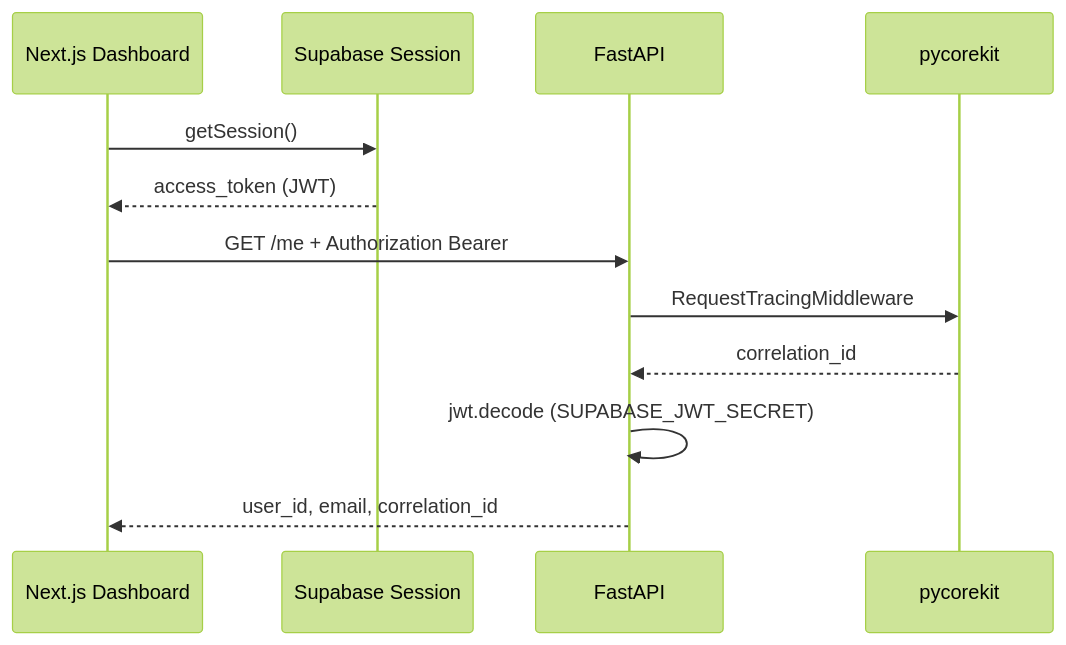
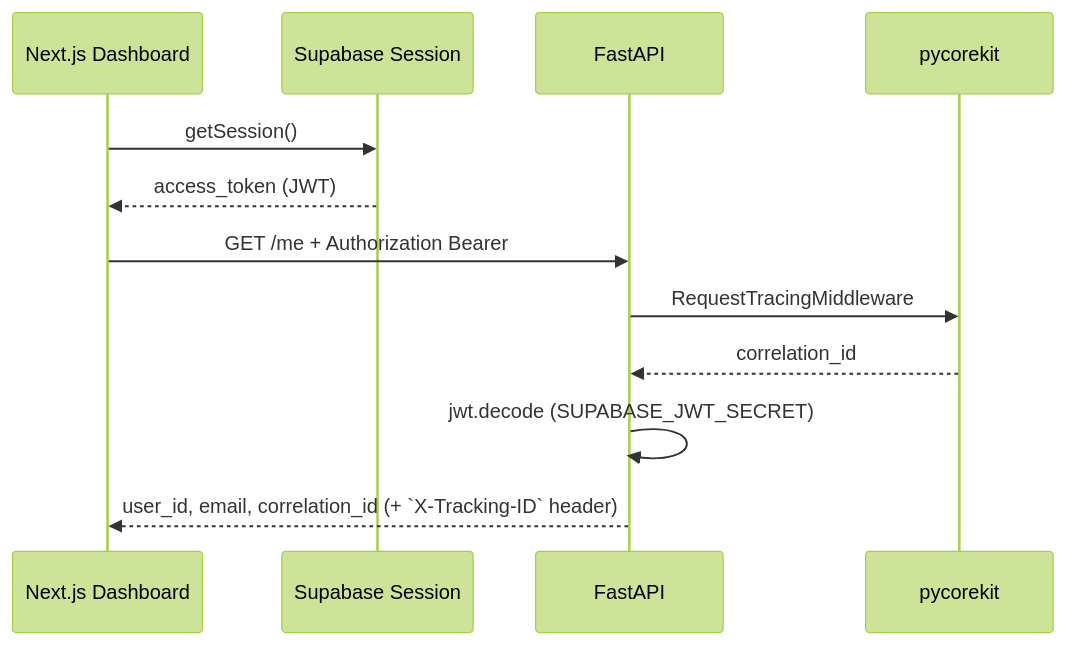
One commit to ankit-devwork/insight-lab changed the eighth of 8 diagrams in docs/ARCHITECTURE.md. Above: the diagram before and after it, drawn with Mermaid (forest theme). The commit also changed other lines of this file and 15 other files, not shown here.

````diff
--- a/docs/ARCHITECTURE.md
+++ b/docs/ARCHITECTURE.md
@@ -292,15 +314,15 @@
 ```mermaid
 sequenceDiagram
   participant UI as Next.js Dashboard
   participant SB as Supabase Session
   participant API as FastAPI
   participant PK as pycorekit
 
   UI->>SB: getSession()
   SB-->>UI: access_token (JWT)
   UI->>API: GET /me + Authorization Bearer
   API->>PK: RequestTracingMiddleware
   PK-->>API: correlation_id
   API->>API: jwt.decode (SUPABASE_JWT_SECRET)
-  API-->>UI: user_id, email, correlation_id
+  API-->>UI: user_id, email, correlation_id (+ `X-Tracking-ID` header)
 ```
````
